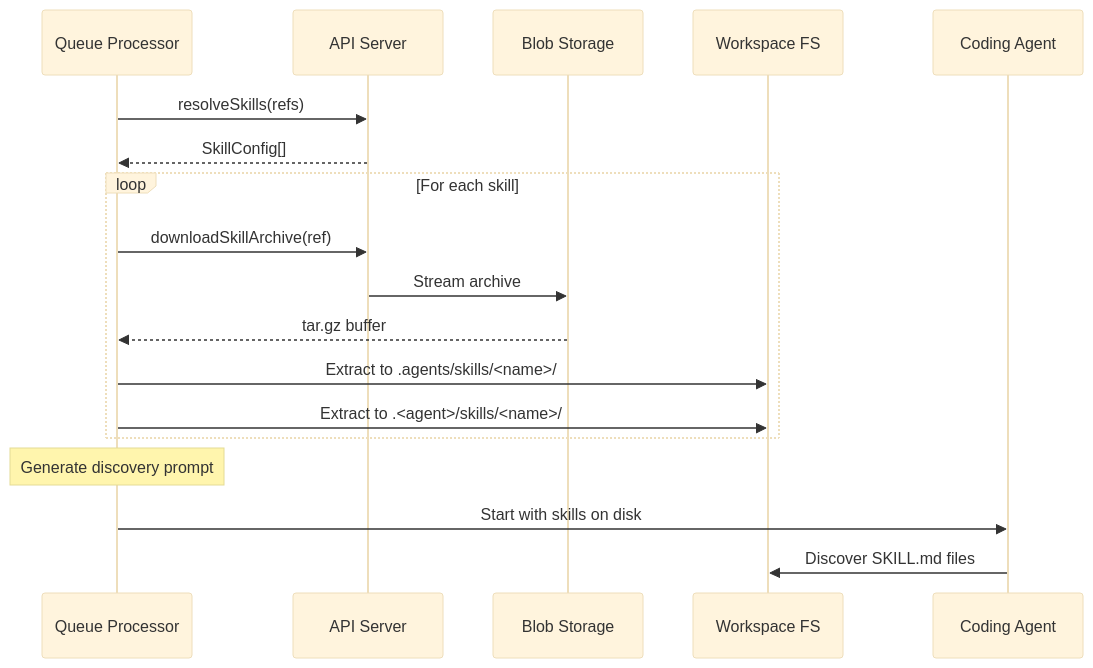
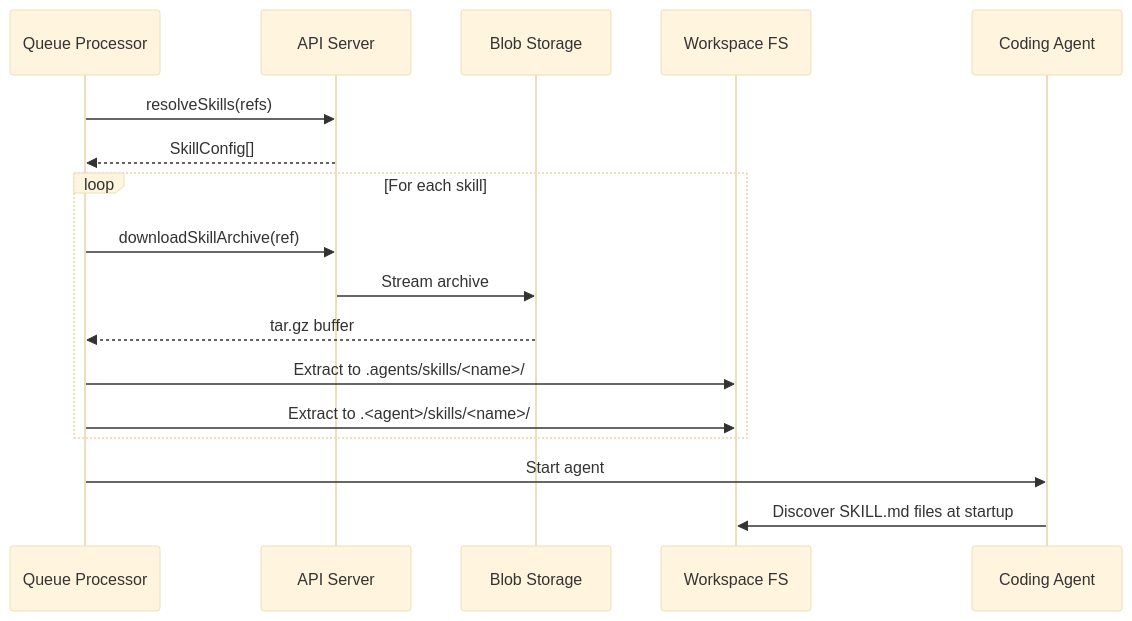
Before and after one commit to Gile987/scope: the third of 3 diagrams in docs/architecture/skills.md, drawn with Mermaid (base theme). The commit also changed other lines of this file and 3 other files, not shown here.

First line of the commit message:
refactor(skills): remove discovery prompt injection — agents discover skills from filesystem

````diff
--- a/docs/architecture/skills.md
+++ b/docs/architecture/skills.md
@@ -100,21 +101,20 @@
 ```mermaid
 sequenceDiagram
     participant QP as Queue Processor
     participant API as API Server
     participant Blob as Blob Storage
     participant FS as Workspace FS
     participant Agent as Coding Agent
 
     QP->>API: resolveSkills(refs)
     API-->>QP: SkillConfig[]
     loop For each skill
         QP->>API: downloadSkillArchive(ref)
         API->>Blob: Stream archive
         Blob-->>QP: tar.gz buffer
         QP->>FS: Extract to .agents/skills/<name>/
         QP->>FS: Extract to .<agent>/skills/<name>/
     end
-    Note over QP: Generate discovery prompt
-    QP->>Agent: Start with skills on disk
-    Agent->>FS: Discover SKILL.md files
+    QP->>Agent: Start agent
+    Agent->>FS: Discover SKILL.md files at startup
 ```
````
